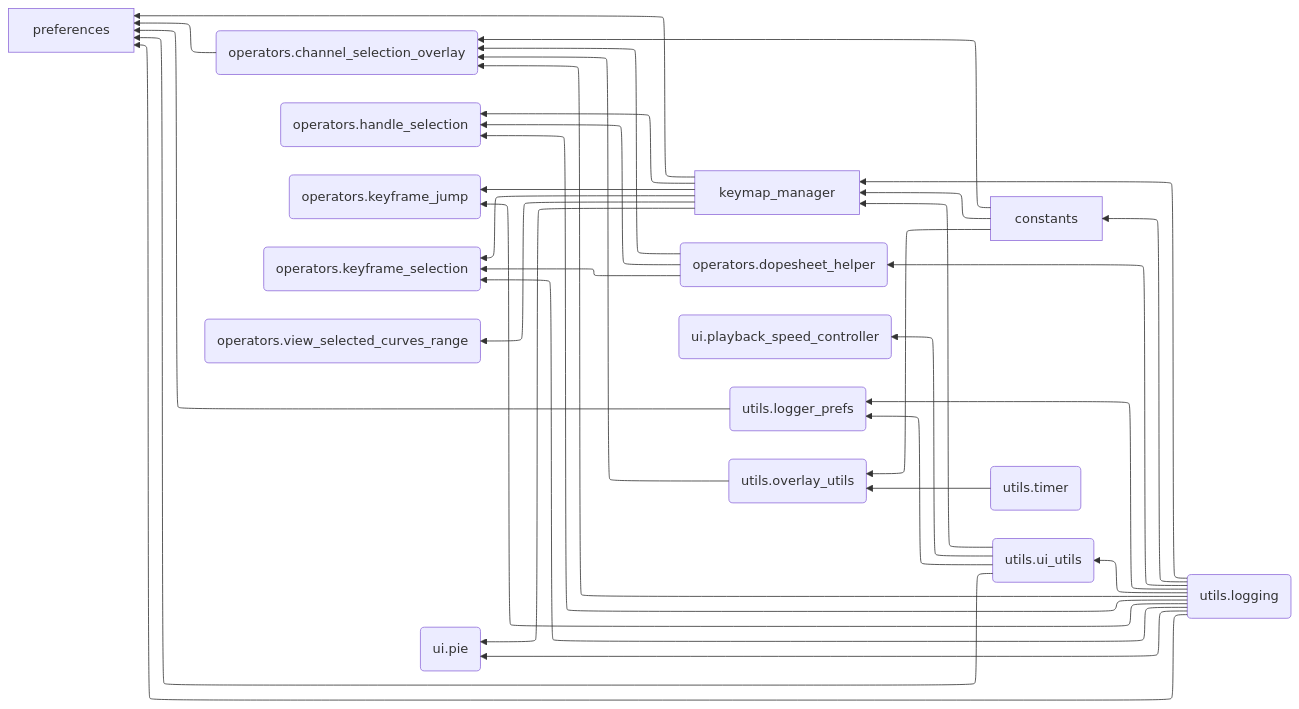
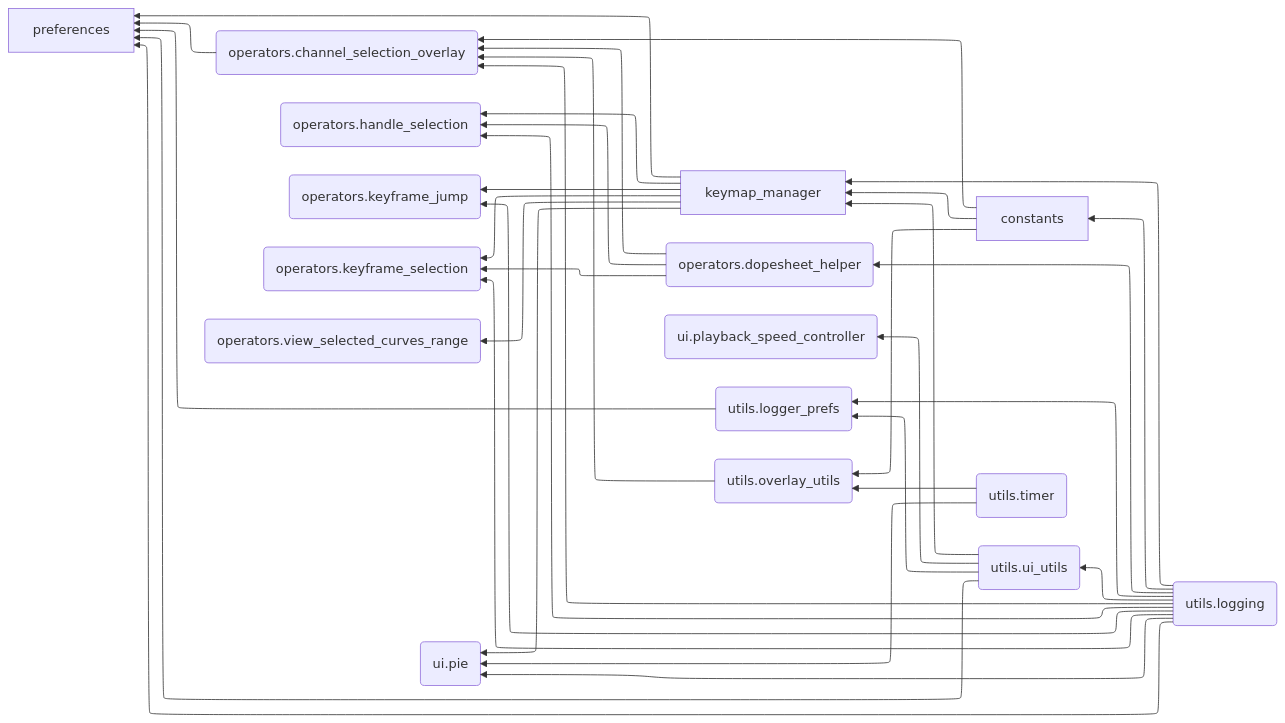
Before and after one commit to Pluglug/graph_monkey: the diagram in docs/debug/module_dependencies.mmd, drawn with Mermaid. The commit also changed 1 other file, not shown here.

```diff
--- a/docs/debug/module_dependencies.mmd
+++ b/docs/debug/module_dependencies.mmd
@@ -1,55 +1,56 @@
 ---
 config:
   theme: mc
   layout: elk
   flowchart:
     curve: basis
 ---
 flowchart RL
     constants[constants]
     keymap_manager[keymap_manager]
     operators_channel_selection_overlay(operators.channel_selection_overlay)
     operators_dopesheet_helper(operators.dopesheet_helper)
     operators_handle_selection(operators.handle_selection)
     operators_keyframe_jump(operators.keyframe_jump)
     operators_keyframe_selection(operators.keyframe_selection)
     operators_view_selected_curves_range(operators.view_selected_curves_range)
     preferences[preferences]
     ui_pie(ui.pie)
     ui_playback_speed_controller(ui.playback_speed_controller)
     utils_logger_prefs(utils.logger_prefs)
     utils_logging(utils.logging)
     utils_overlay_utils(utils.overlay_utils)
     utils_timer(utils.timer)
     utils_ui_utils(utils.ui_utils)
     constants --> keymap_manager
     constants --> operators_channel_selection_overlay
     constants --> utils_overlay_utils
     keymap_manager --> operators_handle_selection
     keymap_manager --> operators_keyframe_jump
     keymap_manager --> operators_keyframe_selection
     keymap_manager --> operators_view_selected_curves_range
     keymap_manager --> preferences
     keymap_manager --> ui_pie
     operators_channel_selection_overlay --> preferences
     operators_dopesheet_helper --> operators_channel_selection_overlay
     operators_dopesheet_helper --> operators_handle_selection
     operators_dopesheet_helper --> operators_keyframe_selection
     utils_logger_prefs --> preferences
     utils_logging --> constants
     utils_logging --> keymap_manager
     utils_logging --> operators_channel_selection_overlay
     utils_logging --> operators_dopesheet_helper
     utils_logging --> operators_handle_selection
     utils_logging --> operators_keyframe_jump
     utils_logging --> operators_keyframe_selection
     utils_logging --> preferences
     utils_logging --> ui_pie
     utils_logging --> utils_logger_prefs
     utils_logging --> utils_ui_utils
     utils_overlay_utils --> operators_channel_selection_overlay
+    utils_timer --> ui_pie
     utils_timer --> utils_overlay_utils
     utils_ui_utils --> keymap_manager
     utils_ui_utils --> preferences
     utils_ui_utils --> ui_playback_speed_controller
     utils_ui_utils --> utils_logger_prefs
```
